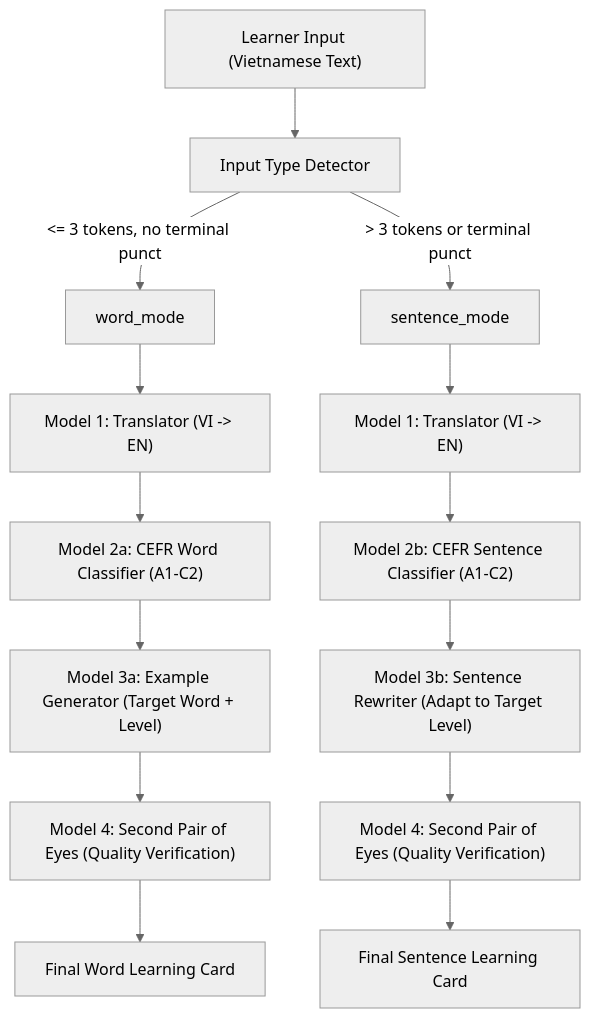
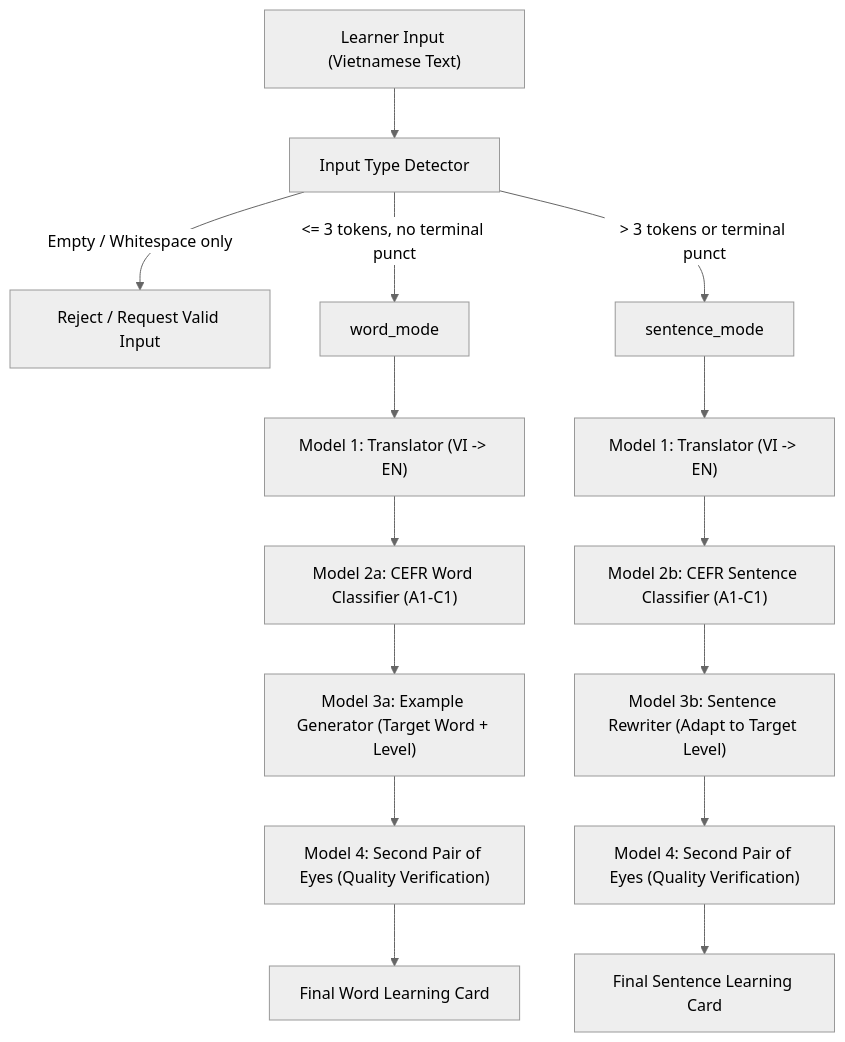
Before and after one commit to hainam1/MLA-Project: the diagram in reports/01_task_formulation.md, drawn with Mermaid (neutral theme). The commit also changed other lines of this file and 2 other files, not shown here.

Commit message:
fix: handle empty input + clarify model 2b feature scope + confirm CEFR level range

````diff
--- a/reports/01_task_formulation.md
+++ b/reports/01_task_formulation.md
@@ -23,20 +32,23 @@
 ```mermaid
 graph TD
     UI["Learner Input (Vietnamese Text)"] --> ITD["Input Type Detector"]
     
+    %% Branch 0: Invalid Input
+    ITD -- "Empty / Whitespace only" --> INV["Reject / Request Valid Input"]
+
     %% Branch 1: Word Mode
     ITD -- "<= 3 tokens, no terminal punct" --> WM["word_mode"]
     WM --> M1_W["Model 1: Translator (VI -> EN)"]
-    M1_W --> M2a["Model 2a: CEFR Word Classifier (A1-C2)"]
+    M1_W --> M2a["Model 2a: CEFR Word Classifier (A1-C1)"]
     M2a --> M3a["Model 3a: Example Generator (Target Word + Level)"]
     M3a --> M4_W["Model 4: Second Pair of Eyes (Quality Verification)"]
     M4_W --> OUT_W["Final Word Learning Card"]
 
     %% Branch 2: Sentence Mode
     ITD -- "> 3 tokens or terminal punct" --> SM["sentence_mode"]
     SM --> M1_S["Model 1: Translator (VI -> EN)"]
-    M1_S --> M2b["Model 2b: CEFR Sentence Classifier (A1-C2)"]
+    M1_S --> M2b["Model 2b: CEFR Sentence Classifier (A1-C1)"]
     M2b --> M3b["Model 3b: Sentence Rewriter (Adapt to Target Level)"]
     M3b --> M4_S["Model 4: Second Pair of Eyes (Quality Verification)"]
     M4_S --> OUT_S["Final Sentence Learning Card"]
 ```
````
